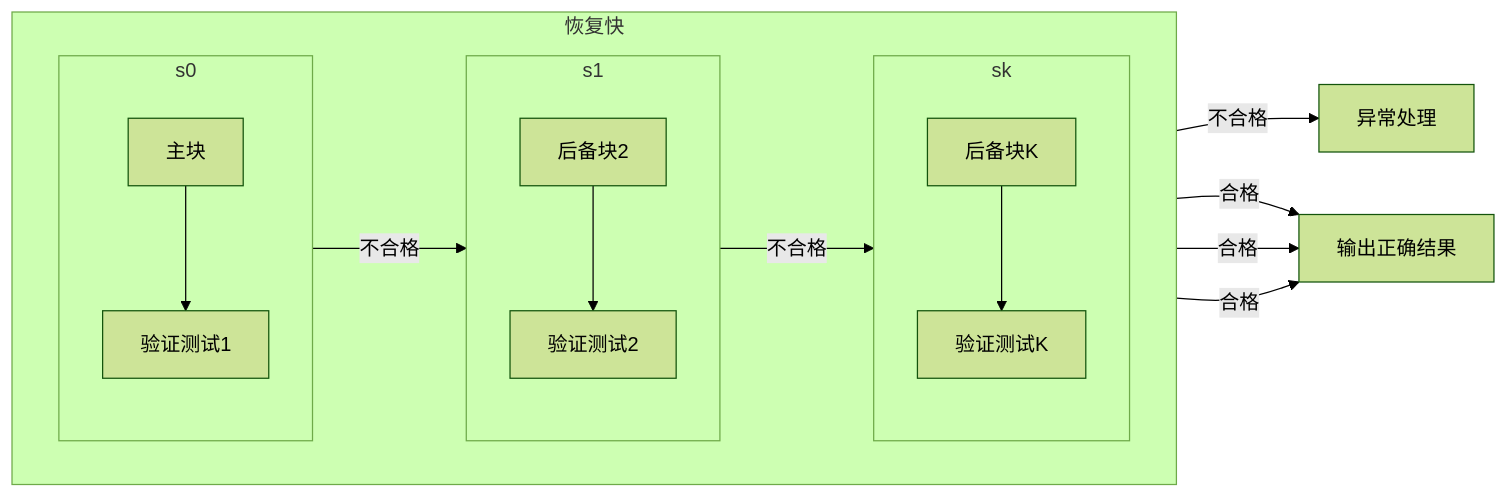
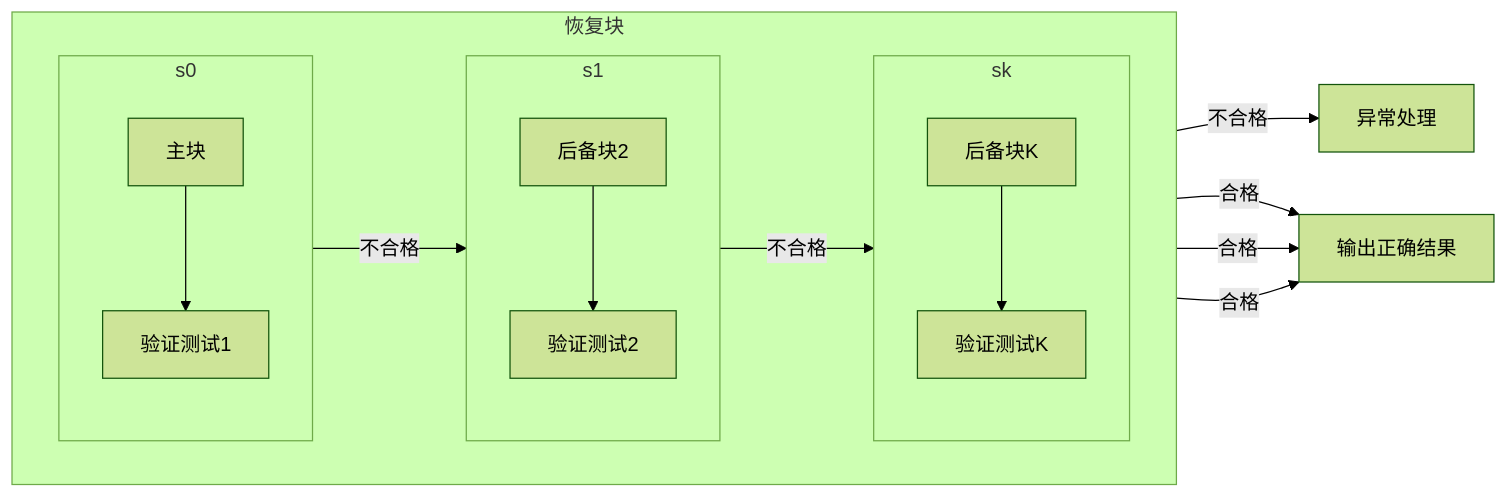
One commit to ingbyr/ingbyr.github.io changed the first of 2 diagrams in 系统架构师考试9-软件可靠性/index.md. Above: the diagram before and after it, drawn with Mermaid (forest theme). The commit also changed other lines of this file and 16 other files, not shown here.

````diff
--- a/系统架构师考试9-软件可靠性/index.md
+++ b/系统架构师考试9-软件可靠性/index.md
@@ -56,25 +56,25 @@
 ```mermaid
 flowchart LR
-    subgraph 恢复快
+    subgraph 恢复块
         direction LR
         subgraph s0
             direction TB
             主块 --> 验证测试1
         end
         s0 -- 不合格 --> s1
         subgraph s1
             direction TB
             后备块2 --> 验证测试2
         end
         s1 -- 不合格 --> sk
         subgraph sk
             direction TB
             后备块K --> 验证测试K
         end
     end
     sk -- 不合格 --> 异常处理
     s0 -- 合格 --> e[输出正确结果]
     s1 -- 合格 --> e
     sk -- 合格 --> e
 
 ```
````
